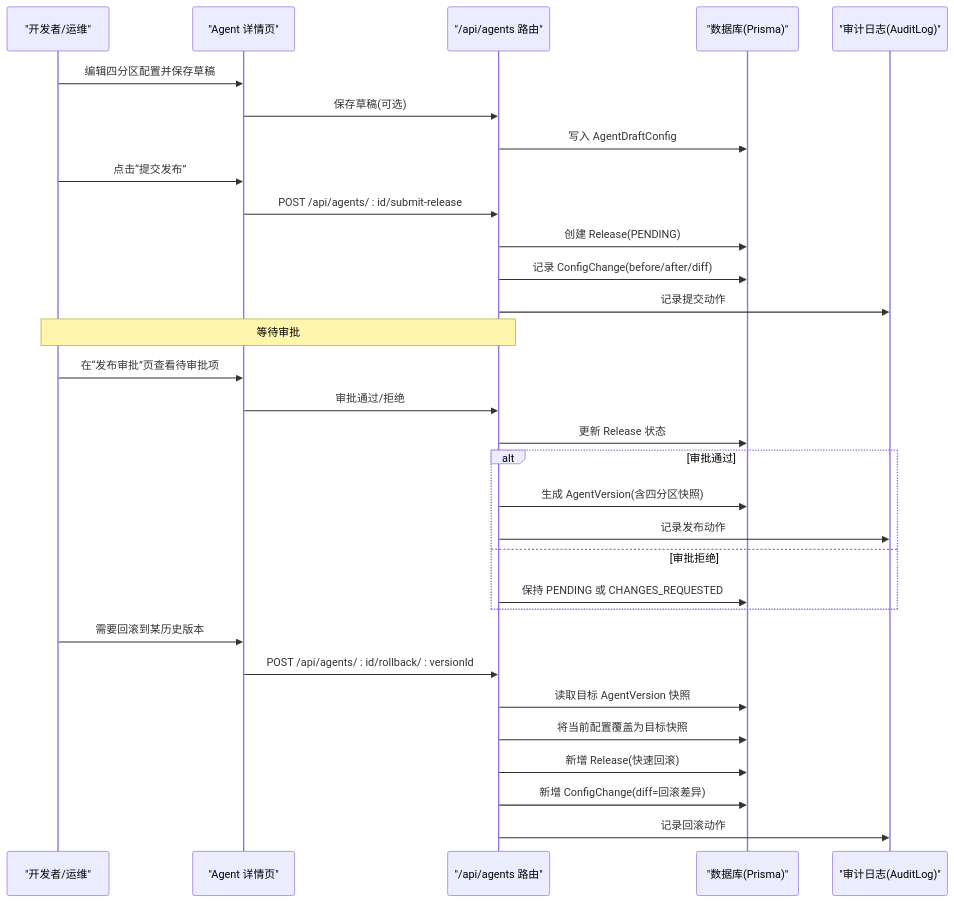
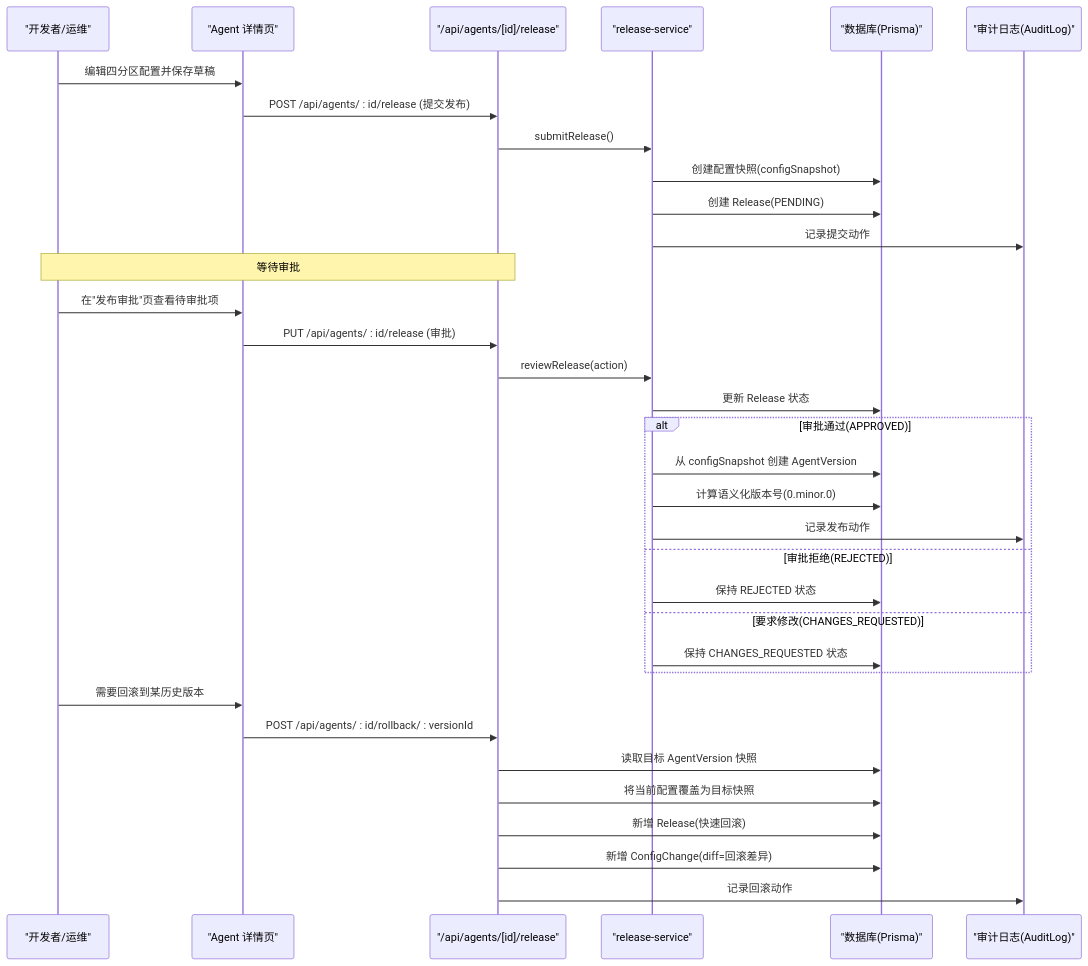
The second of 6 diagrams in .qoder/repowiki/zh/content/功能模块/版本控制.md (ai-guru-global/agent-up), drawn with Mermaid before and after one commit. The commit also changed other lines of this file and 57 other files, not shown here.

````diff
--- a/.qoder/repowiki/zh/content/功能模块/版本控制.md
+++ b/.qoder/repowiki/zh/content/功能模块/版本控制.md
@@ -103,33 +108,36 @@
 ```mermaid
 sequenceDiagram
 participant Dev as "开发者/运维"
 participant UI as "Agent 详情页"
-participant API as "/api/agents 路由"
+participant API as "/api/agents/[id]/release"
+participant Service as "release-service"
 participant DB as "数据库(Prisma)"
 participant Audit as "审计日志(AuditLog)"
 Dev->>UI : 编辑四分区配置并保存草稿
-UI->>API : 保存草稿(可选)
-API->>DB : 写入 AgentDraftConfig
-Dev->>UI : 点击“提交发布”
-UI->>API : POST /api/agents/ : id/submit-release
-API->>DB : 创建 Release(PENDING)
-API->>DB : 记录 ConfigChange(before/after/diff)
-API->>Audit : 记录提交动作
+UI->>API : POST /api/agents/ : id/release (提交发布)
+API->>Service : submitRelease()
+Service->>DB : 创建配置快照(configSnapshot)
+Service->>DB : 创建 Release(PENDING)
+Service->>Audit : 记录提交动作
 Note over Dev,API : 等待审批
-Dev->>UI : 在“发布审批”页查看待审批项
-UI->>API : 审批通过/拒绝
-API->>DB : 更新 Release 状态
-alt 审批通过
-API->>DB : 生成 AgentVersion(含四分区快照)
-API->>Audit : 记录发布动作
-else 审批拒绝
-API->>DB : 保持 PENDING 或 CHANGES_REQUESTED
+Dev->>UI : 在"发布审批"页查看待审批项
+UI->>API : PUT /api/agents/ : id/release (审批)
+API->>Service : reviewRelease(action)
+Service->>DB : 更新 Release 状态
+alt 审批通过(APPROVED)
+Service->>DB : 从 configSnapshot 创建 AgentVersion
+Service->>DB : 计算语义化版本号(0.minor.0)
+Service->>Audit : 记录发布动作
+else 审批拒绝(REJECTED)
+Service->>DB : 保持 REJECTED 状态
+else 要求修改(CHANGES_REQUESTED)
+Service->>DB : 保持 CHANGES_REQUESTED 状态
 end
 Dev->>UI : 需要回滚到某历史版本
 UI->>API : POST /api/agents/ : id/rollback/ : versionId
 API->>DB : 读取目标 AgentVersion 快照
 API->>DB : 将当前配置覆盖为目标快照
 API->>DB : 新增 Release(快速回滚)
 API->>DB : 新增 ConfigChange(diff=回滚差异)
 API->>Audit : 记录回滚动作
 ```
````
